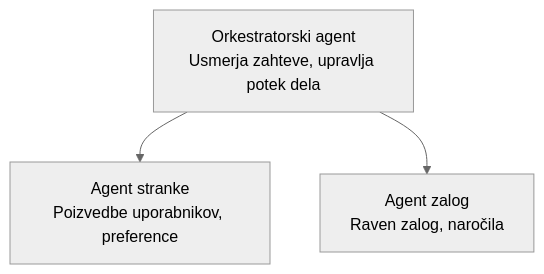
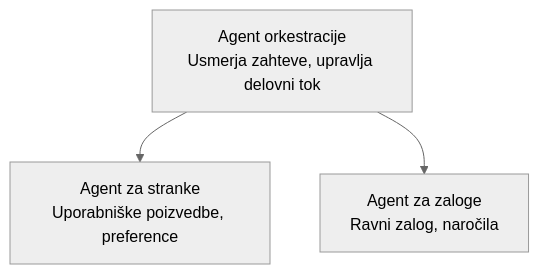
The diagram in translations/sl/docs/chapter-05-multi-agent/README.md (microsoft/AZD-for-beginners), drawn with Mermaid (neutral theme) before and after one commit. The commit also changed other lines of this file and 60 other files, not shown here.

````diff
--- a/translations/sl/docs/chapter-05-multi-agent/README.md
+++ b/translations/sl/docs/chapter-05-multi-agent/README.md
@@ -54,5 +54,5 @@
 ```mermaid
 graph TD
-    Orchestrator[Orkestratorski agent<br/>Usmerja zahteve, upravlja potek dela] --> Customer[Agent stranke<br/>Poizvedbe uporabnikov, preference]
-    Orchestrator --> Inventory[Agent zalog<br/>Raven zalog, naročila]
+    Orchestrator[Agent orkestracije<br/>Usmerja zahteve, upravlja delovni tok] --> Customer[Agent za stranke<br/>Uporabniške poizvedbe, preference]
+    Orchestrator --> Inventory[Agent za zaloge<br/>Ravni zalog, naročila]
 ```
````
